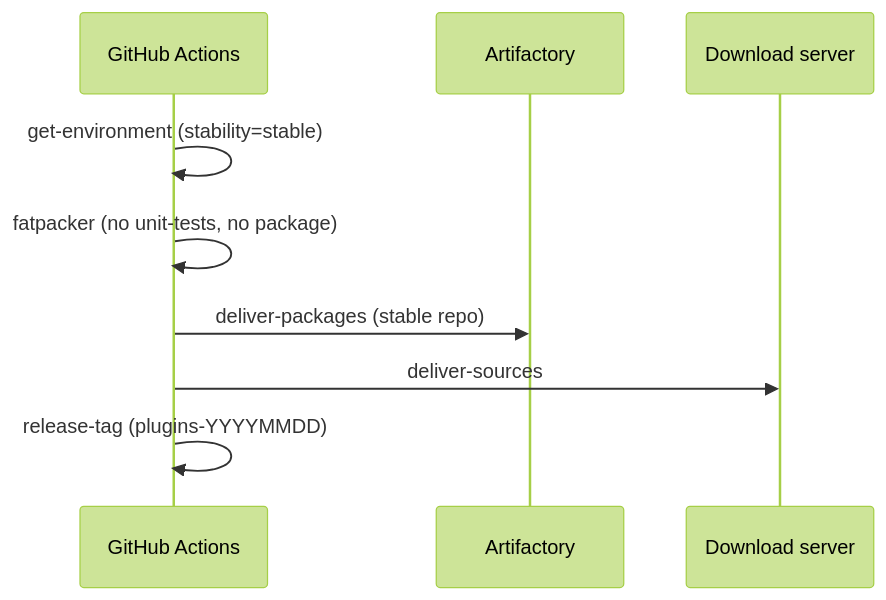
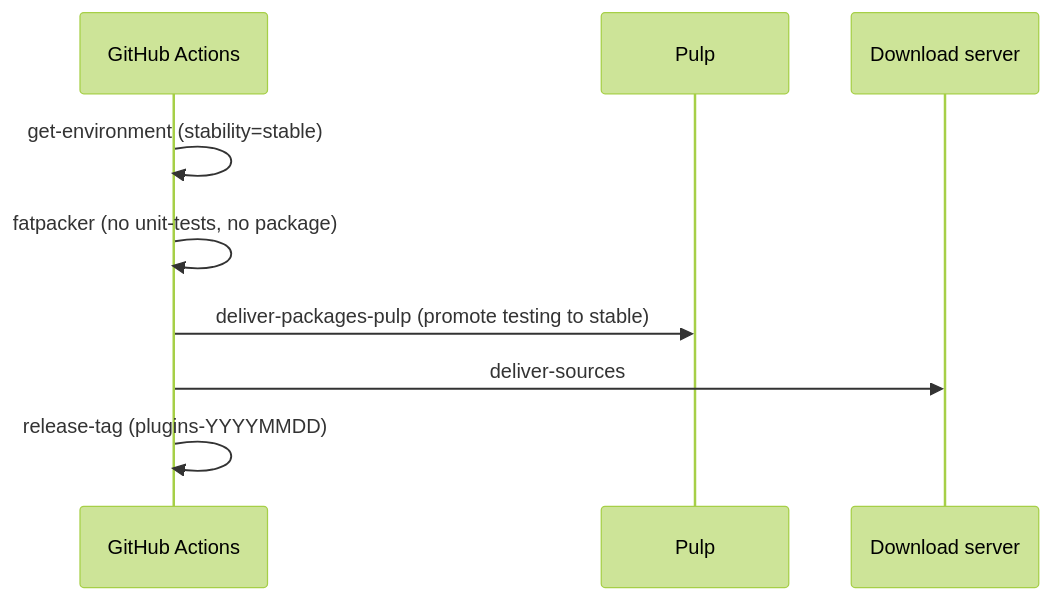
The seventh of 7 diagrams in doc/en/developer/plugins-ci.md (centreon/centreon-plugins), drawn with Mermaid (forest theme) before and after one commit. The commit also changed other lines of this file and 21 other files, not shown here.

````diff
--- a/doc/en/developer/plugins-ci.md
+++ b/doc/en/developer/plugins-ci.md
@@ -381,12 +380,12 @@
 ```mermaid
 sequenceDiagram
     participant GH as GitHub Actions
-    participant ART as Artifactory
+    participant PULP as Pulp
     participant DL as Download server
 
     GH->>GH: get-environment (stability=stable)
     GH->>GH: fatpacker (no unit-tests, no package)
-    GH->>ART: deliver-packages (stable repo)
+    GH->>PULP: deliver-packages-pulp (promote testing to stable)
     GH->>DL: deliver-sources
     GH->>GH: release-tag (plugins-YYYYMMDD)
 ```
````
